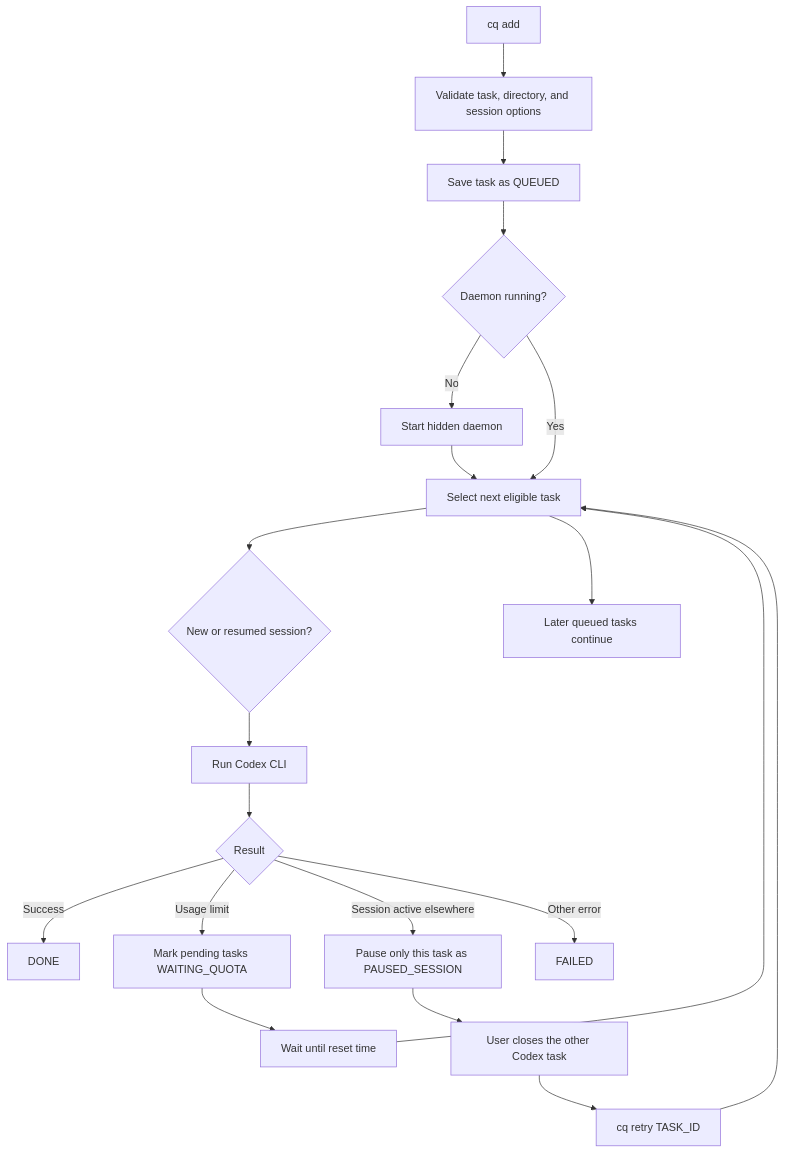
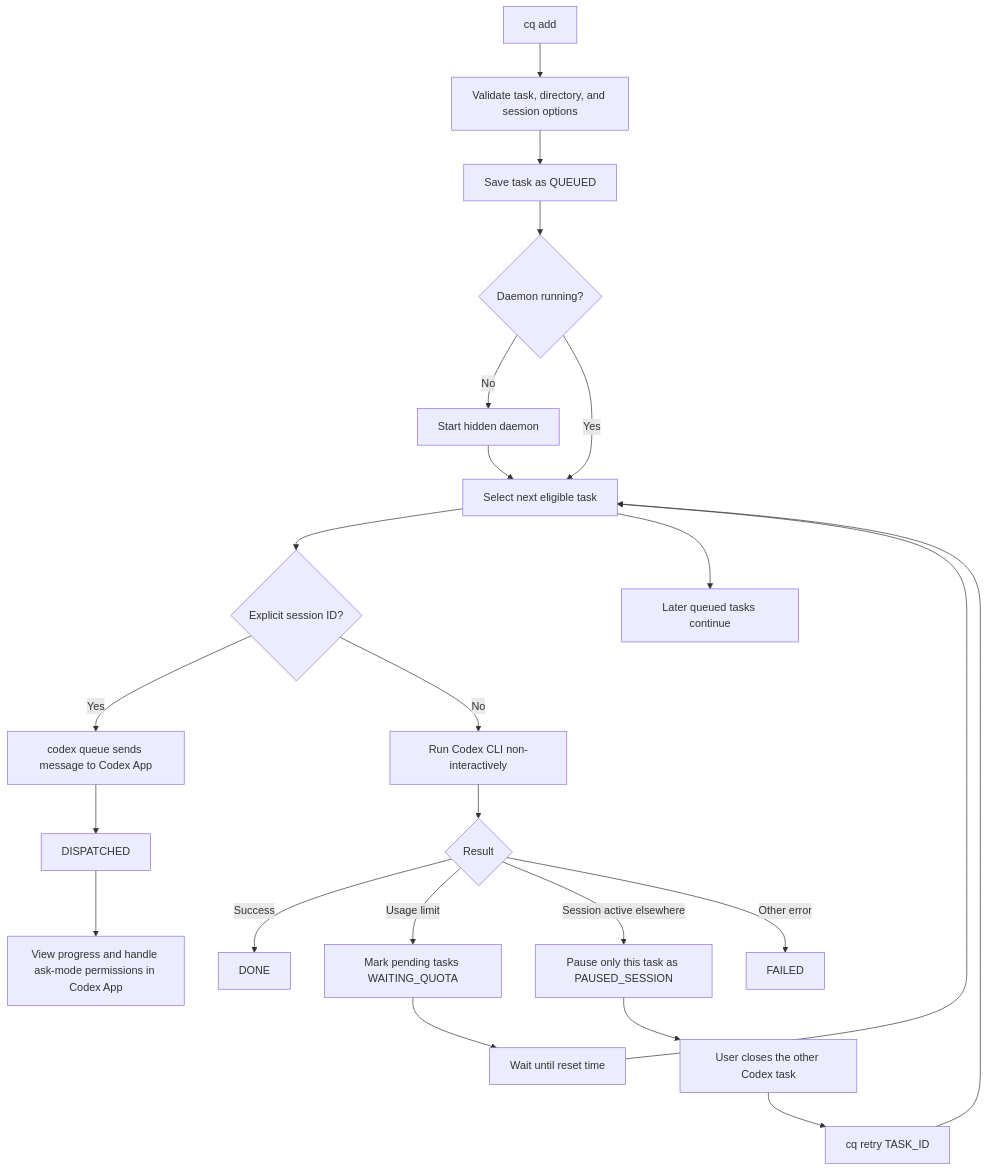
Before and after one commit to Catcher1110/codex-queue: the diagram in README.md, drawn with Mermaid. The commit also changed other lines of this file and 2 other files, not shown here.

Commit message:
use codex thread for cq

````diff
--- a/README.md
+++ b/README.md
@@ -124,22 +156,25 @@
 ```mermaid
 flowchart TD
     A[cq add] --> B[Validate task, directory, and session options]
     B --> C[Save task as QUEUED]
     C --> D{Daemon running?}
     D -- No --> E[Start hidden daemon]
     D -- Yes --> F[Select next eligible task]
     E --> F
-    F --> G{New or resumed session?}
-    G --> H[Run Codex CLI]
+    F --> G{Explicit session ID?}
+    G -- Yes --> R[codex queue sends message to Codex App]
+    R --> S[DISPATCHED]
+    S --> T[View progress and handle ask-mode permissions in Codex App]
+    G -- No --> H[Run Codex CLI non-interactively]
     H --> I{Result}
     I -- Success --> J[DONE]
     I -- Usage limit --> K[Mark pending tasks WAITING_QUOTA]
     K --> L[Wait until reset time]
     L --> F
     I -- Session active elsewhere --> M[Pause only this task as PAUSED_SESSION]
     M --> N[User closes the other Codex task]
     N --> O[cq retry TASK_ID]
     O --> F
     I -- Other error --> P[FAILED]
     F --> Q[Later queued tasks continue]
 ```
````
